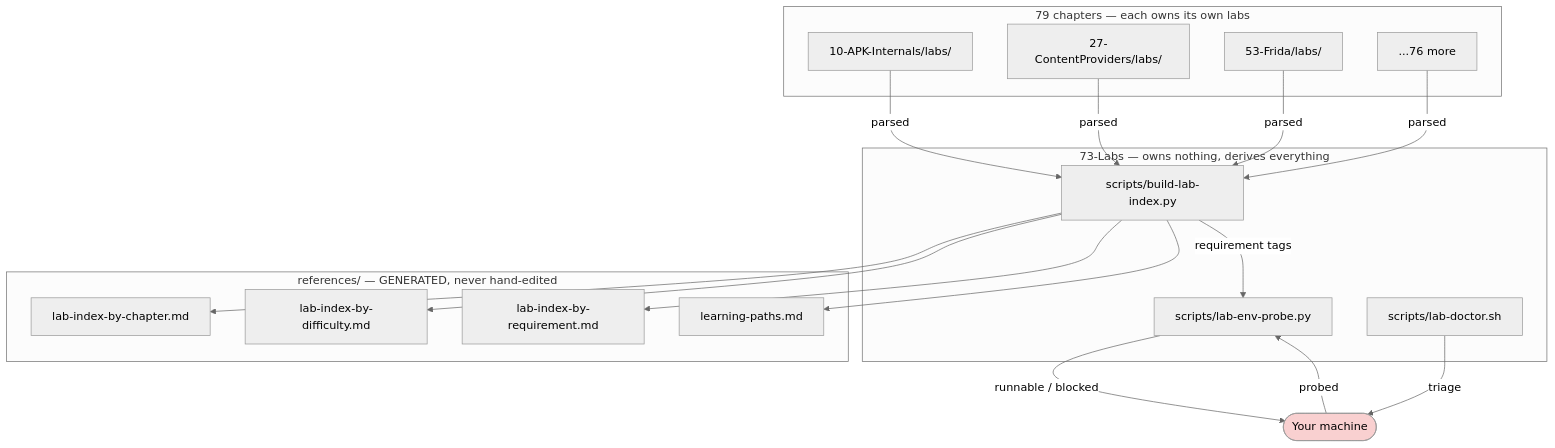
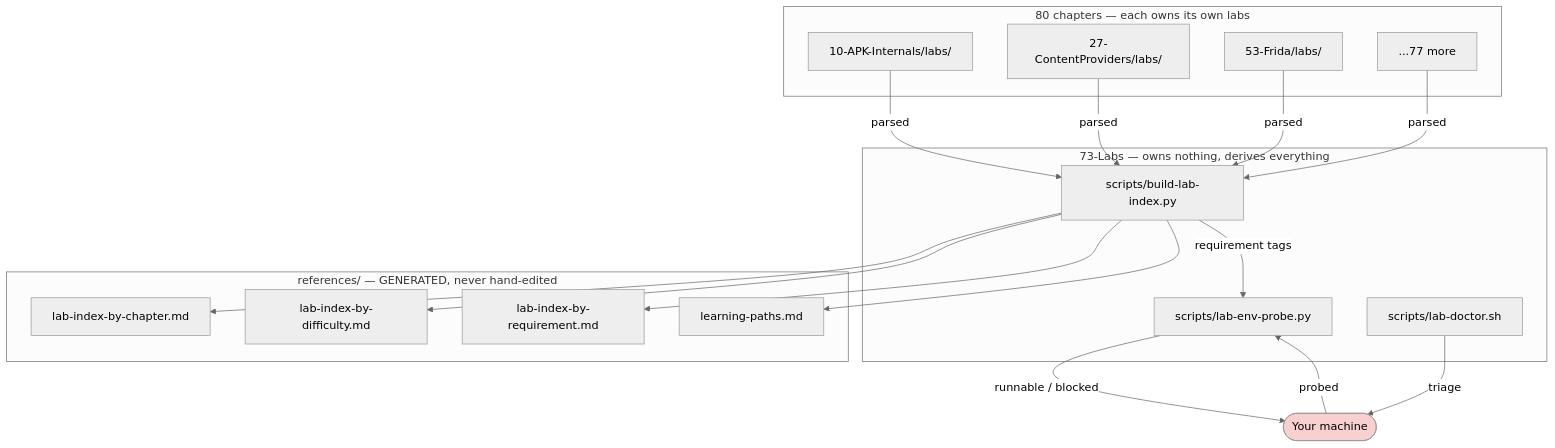
The first of 5 diagrams in 73-Labs/README.md (FlyPhantomFly/android-security-handbook), drawn with Mermaid (neutral theme) before and after one commit. The commit also changed other lines of this file and 96 other files, not shown here.

````diff
--- a/73-Labs/README.md
+++ b/73-Labs/README.md
@@ -164,35 +164,35 @@
 ```mermaid
 flowchart TB
-    subgraph Chapters["79 chapters — each owns its own labs"]
+    subgraph Chapters["80 chapters — each owns its own labs"]
         C1["10-APK-Internals/labs/"]
         C2["27-ContentProviders/labs/"]
         C3["53-Frida/labs/"]
-        CN["...76 more"]
+        CN["...77 more"]
     end
     subgraph Aggregator["73-Labs — owns nothing, derives everything"]
         G["scripts/build-lab-index.py"]
         P["scripts/lab-env-probe.py"]
         D["scripts/lab-doctor.sh"]
     end
     subgraph Generated["references/ — GENERATED, never hand-edited"]
         I1["lab-index-by-chapter.md"]
         I2["lab-index-by-difficulty.md"]
         I3["lab-index-by-requirement.md"]
         I4["learning-paths.md"]
     end
     R(["Your machine"])
 
     C1 -- "parsed" --> G
     C2 -- "parsed" --> G
     C3 -- "parsed" --> G
     CN -- "parsed" --> G
     G --> I1
     G --> I2
     G --> I3
     G --> I4
     R -- "probed" --> P
     G -- "requirement tags" --> P
     P -- "runnable / blocked" --> R
     D -- "triage" --> R
     style R fill:#f9d0d0
 ```
````
